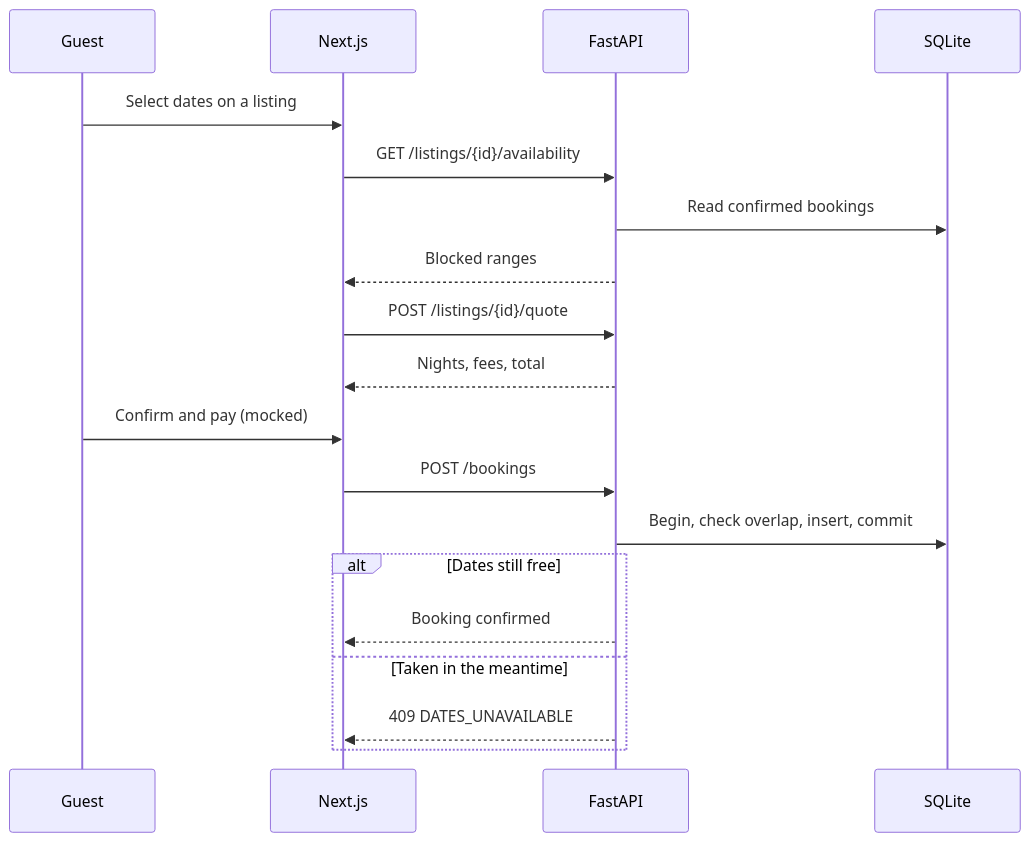
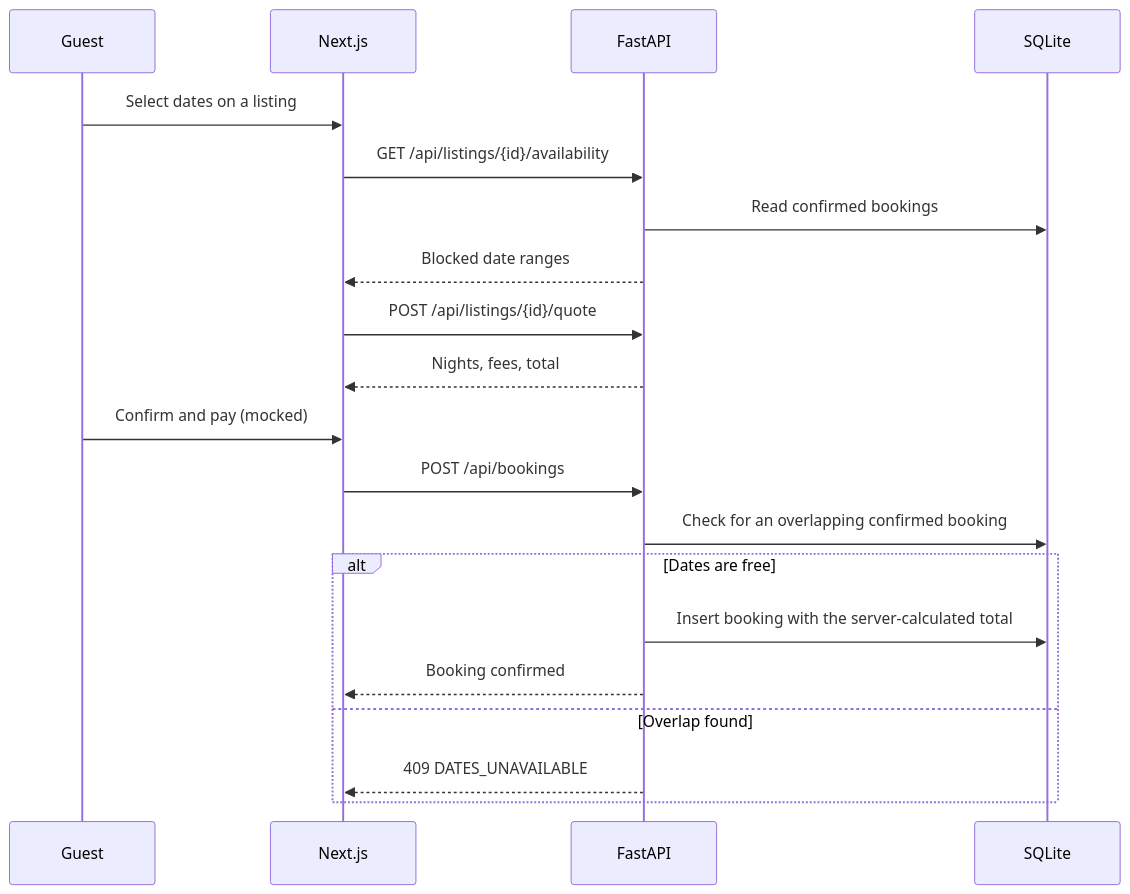
The second of 3 diagrams in README.md (Pulkitgoyal10/airbnb-clone), drawn with Mermaid before and after one commit. The commit also changed other lines of this file, not shown here.

````diff
--- a/README.md
+++ b/README.md
@@ -116,22 +163,23 @@
 ```mermaid
 sequenceDiagram
     participant G as Guest
     participant F as Next.js
     participant A as FastAPI
     participant D as SQLite
 
     G->>F: Select dates on a listing
-    F->>A: GET /listings/{id}/availability
+    F->>A: GET /api/listings/{id}/availability
     A->>D: Read confirmed bookings
-    A-->>F: Blocked ranges
-    F->>A: POST /listings/{id}/quote
+    A-->>F: Blocked date ranges
+    F->>A: POST /api/listings/{id}/quote
     A-->>F: Nights, fees, total
     G->>F: Confirm and pay (mocked)
-    F->>A: POST /bookings
-    A->>D: Begin, check overlap, insert, commit
-    alt Dates still free
+    F->>A: POST /api/bookings
+    A->>D: Check for an overlapping confirmed booking
+    alt Dates are free
+        A->>D: Insert booking with the server-calculated total
         A-->>F: Booking confirmed
-    else Taken in the meantime
+    else Overlap found
         A-->>F: 409 DATES_UNAVAILABLE
     end
 ```
````
